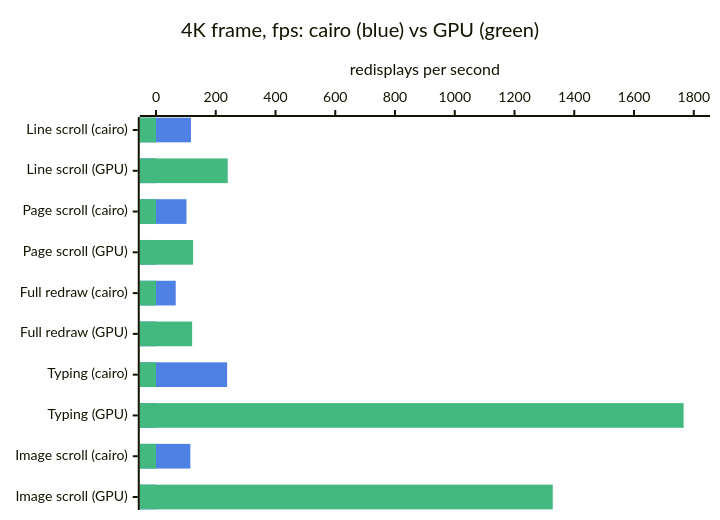
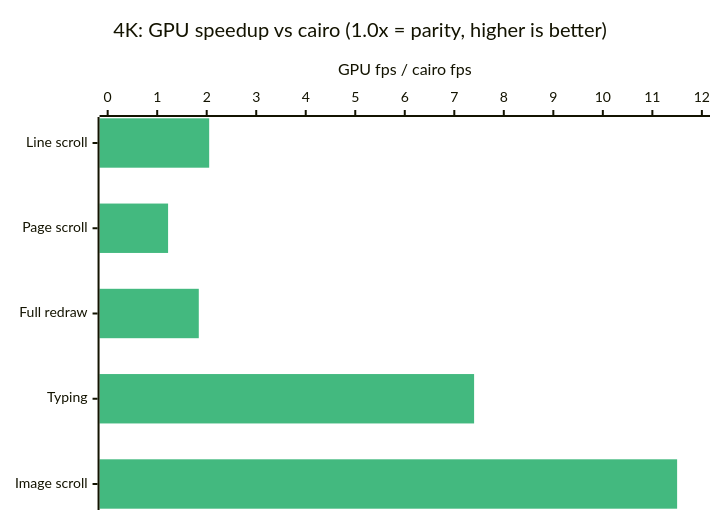
The second of 3 diagrams in README.md (bobrowadam/emacs), drawn with Mermaid before and after one commit. The commit also changed other lines of this file, not shown here.

First line of the commit message:
README: charts show the comparison, not duplicate the tables

````diff
--- a/README.md
+++ b/README.md
@@ -302,14 +301,13 @@
 ```mermaid
 ---
 config:
   themeVariables:
     xyChart:
-      plotColorPalette: "#4f81e5, #43b97f"
+      plotColorPalette: "#43b97f"
 ---
 xychart-beta horizontal
-    title "4K frame, fps: cairo (blue) vs GPU (green)"
-    x-axis ["Line scroll (cairo)", "Line scroll (GPU)", "Page scroll (cairo)", "Page scroll (GPU)", "Full redraw (cairo)", "Full redraw (GPU)", "Typing (cairo)", "Typing (GPU)", "Image scroll (cairo)", "Image scroll (GPU)"]
-    y-axis "redisplays per second" 0 --> 1800
-    bar [117, 0, 102, 0, 66, 0, 238, 0, 115, 0]
-    bar [0, 240, 0, 124, 0, 121, 0, 1766, 0, 1328]
+    title "4K: GPU speedup vs cairo (1.0x = parity, higher is better)"
+    x-axis ["Line scroll", "Page scroll", "Full redraw", "Typing", "Image scroll"]
+    y-axis "GPU fps / cairo fps" 0 --> 12
+    bar [2.05, 1.22, 1.84, 7.4, 11.5]
 ```
````
